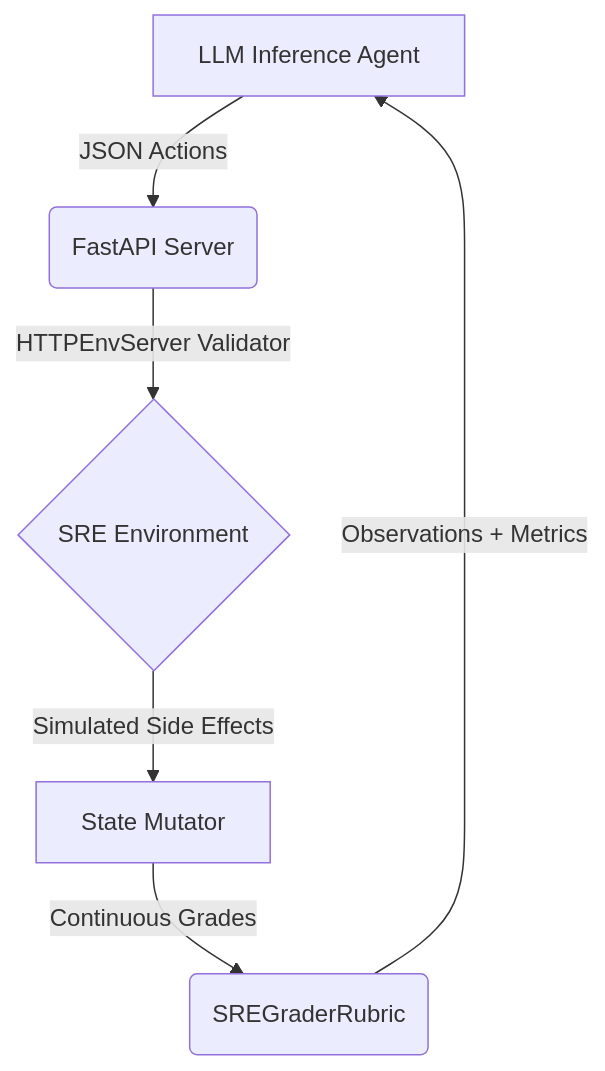
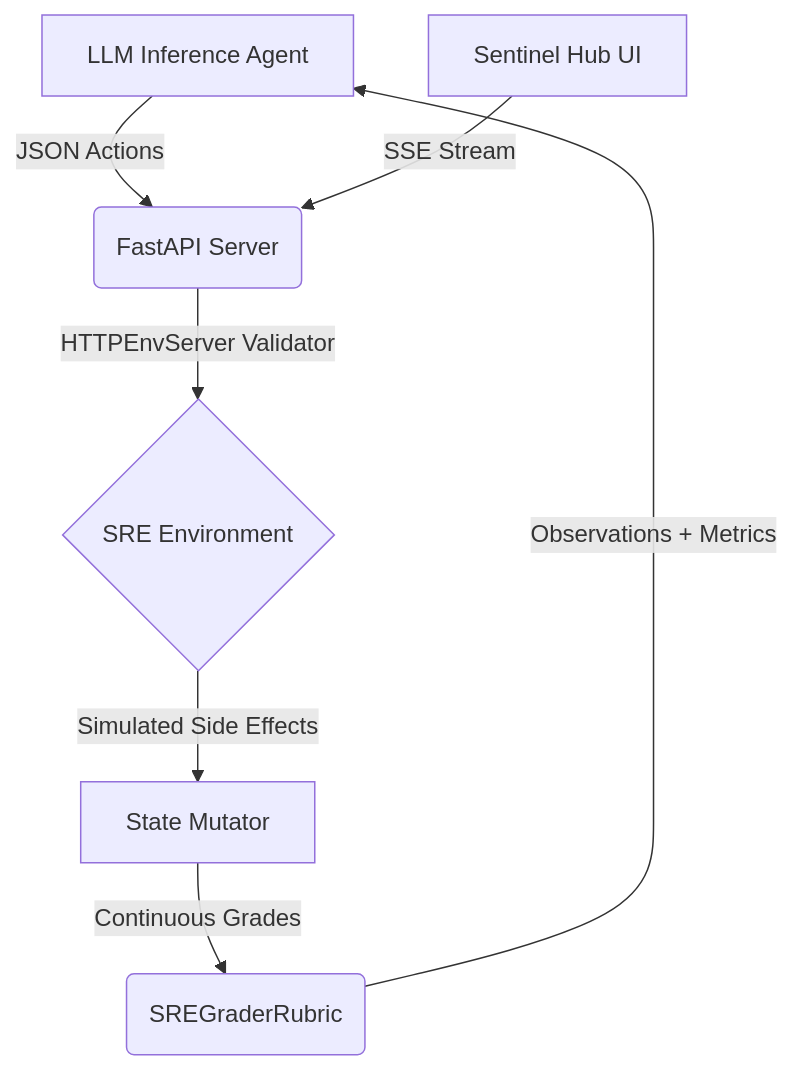
One commit to Jay2219/Sentinel-SRE-OpenEnv changed the diagram in README.md. Above: the diagram before and after it, drawn with Mermaid. The commit also changed other lines of this file and 4 other files, not shown here.

````diff
--- a/README.md
+++ b/README.md
@@ -17,8 +30,9 @@
 ```mermaid
 graph TD
     A[LLM Inference Agent] -->|JSON Actions| B(FastAPI Server)
     B -->|HTTPEnvServer Validator| C{SRE Environment}
     C -->|Simulated Side Effects| D[State Mutator]
     D -->|Continuous Grades| E(SREGraderRubric)
     E -->|Observations + Metrics| A
+    F[Sentinel Hub UI] -->|SSE Stream| B
 ```
````
